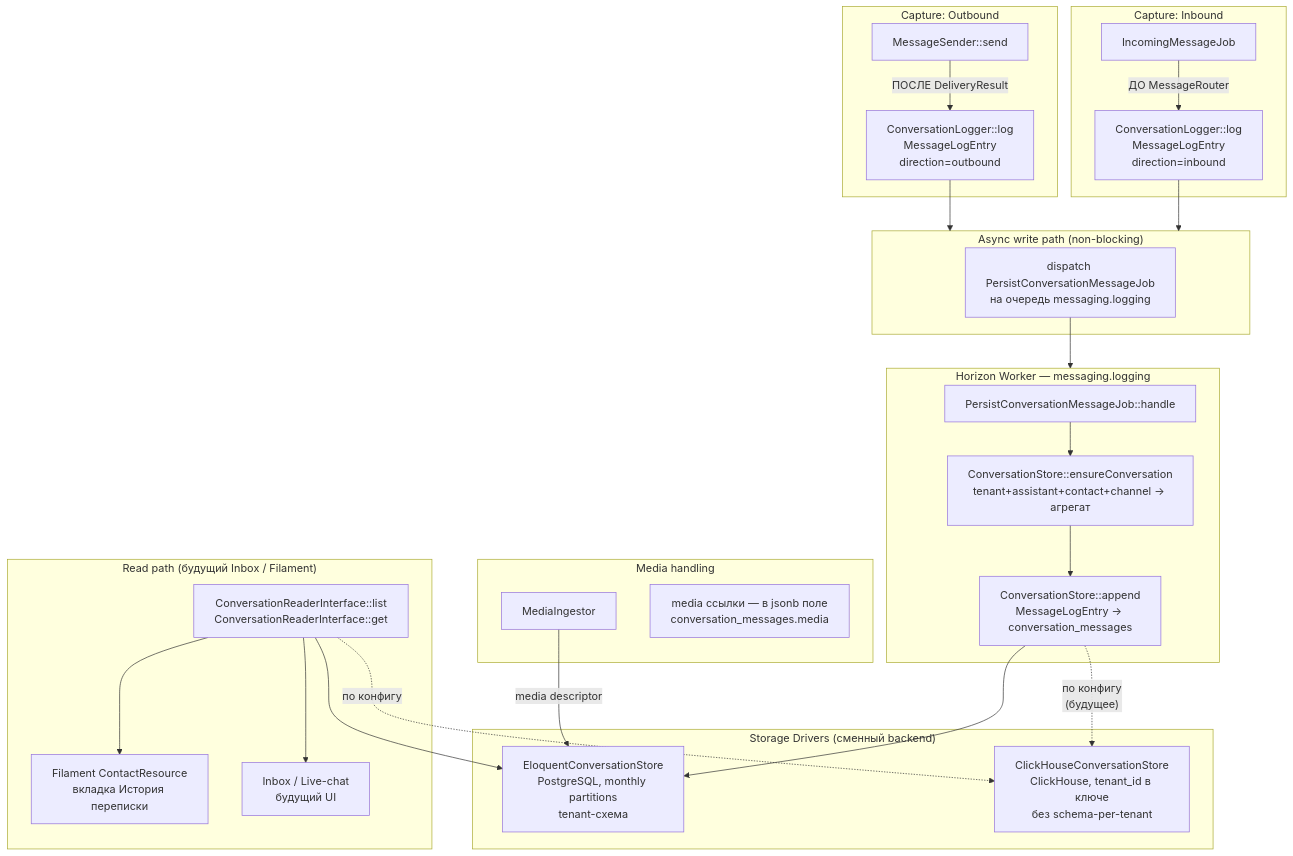
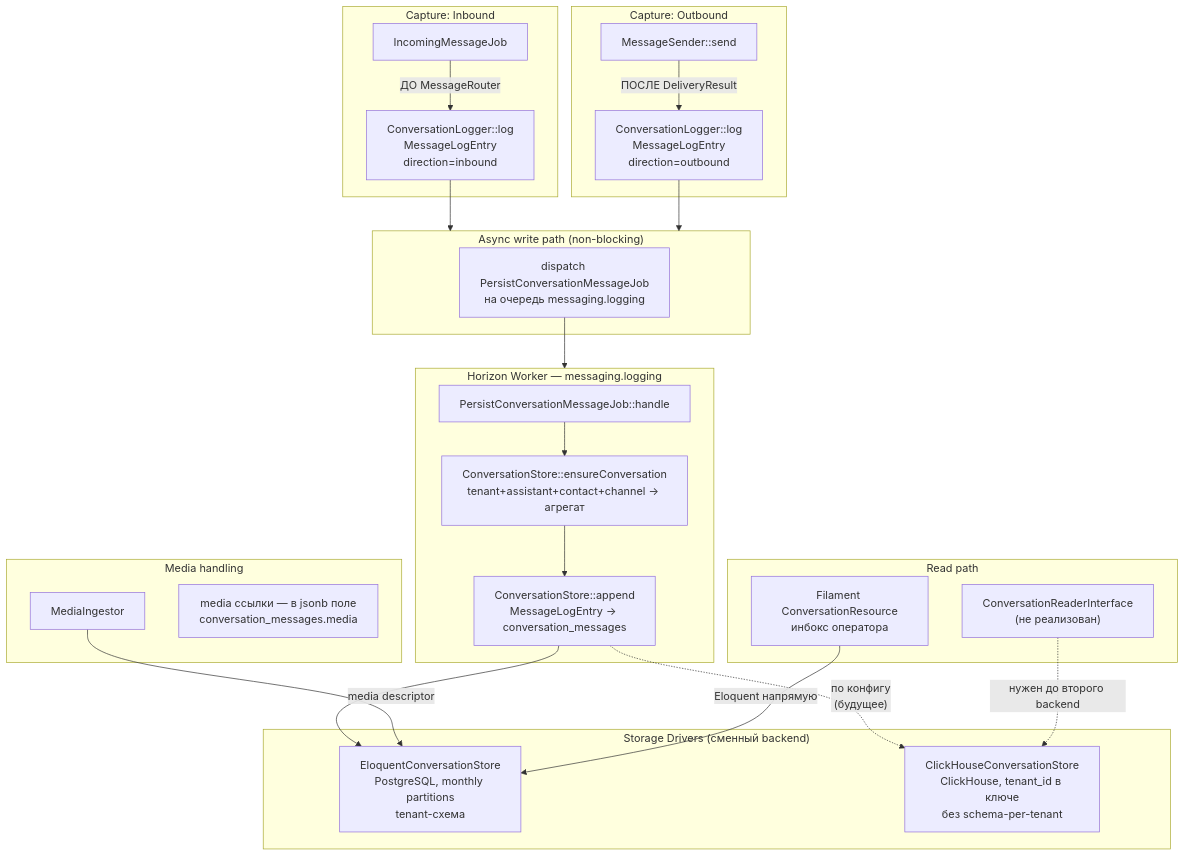
The diagram in docs/reference/diagrams/05-conversation-logging.md (fapost-lab/core), drawn with Mermaid before and after one commit. The commit also changed other lines of this file and 29 other files, not shown here.

````diff
--- a/docs/reference/diagrams/05-conversation-logging.md
+++ b/docs/reference/diagrams/05-conversation-logging.md
@@ -5,48 +16,45 @@
 ```mermaid
 flowchart TD
     subgraph INBOUND["Capture: Inbound"]
         IM[IncomingMessageJob] -->|ДО MessageRouter| CL_IN[ConversationLogger::log\nMessageLogEntry\ndirection=inbound]
     end
 
     subgraph OUTBOUND["Capture: Outbound"]
         MS[MessageSender::send] -->|ПОСЛЕ DeliveryResult| CL_OUT[ConversationLogger::log\nMessageLogEntry\ndirection=outbound]
     end
 
     CL_IN --> ASYNC
     CL_OUT --> ASYNC
 
     subgraph ASYNC["Async write path (non-blocking)"]
         ASYNC_DISPATCH[dispatch PersistConversationMessageJob\nна очередь messaging.logging]
     end
 
     ASYNC_DISPATCH --> WORKER
 
     subgraph WORKER["Horizon Worker — messaging.logging"]
         PERSIST[PersistConversationMessageJob::handle]
         PERSIST --> ENSURE[ConversationStore::ensureConversation\ntenant+assistant+contact+channel → агрегат]
         ENSURE --> APPEND[ConversationStore::append\nMessageLogEntry → conversation_messages]
     end
 
     subgraph STORE["Storage Drivers (сменный backend)"]
         ELOQUENT[EloquentConversationStore\nPostgreSQL, monthly partitions\ntenant-схема]
         CLICKHOUSE[ClickHouseConversationStore\nClickHouse, tenant_id в ключе\nбез schema-per-tenant]
     end
 
     APPEND --> ELOQUENT
     APPEND -.->|"по конфигу\n(будущее)"| CLICKHOUSE
 
     subgraph MEDIA["Media handling"]
         MEDIA_IN[MediaIngestor] -->|media descriptor| ELOQUENT
         Note1["media ссылки — в jsonb поле\nconversation_messages.media"]
     end
 
-    subgraph READ["Read path (будущий Inbox / Filament)"]
-        READER[ConversationReaderInterface::list\nConversationReaderInterface::get]
-        READER --> ELOQUENT
-        READER -.->|"по конфигу"| CLICKHOUSE
-        FILAMENT[Filament ContactResource\nвкладка История переписки]
-        INBOX[Inbox / Live-chat\nбудущий UI]
-        READER --> FILAMENT
-        READER --> INBOX
+    subgraph READ["Read path"]
+        INBOX[Filament ConversationResource\nинбокс оператора]
+        INBOX -->|"Eloquent напрямую"| ELOQUENT
+        READER["ConversationReaderInterface\n(не реализован)"]
+        READER -.->|"нужен до второго backend"| CLICKHOUSE
     end
 ```
````
